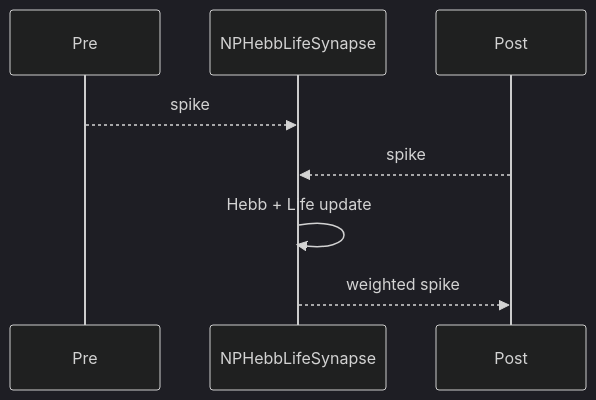
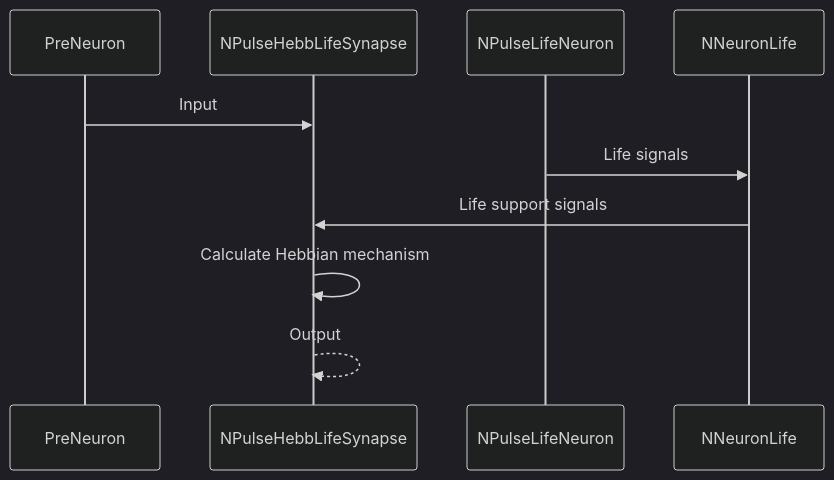
Before and after one commit to aicommunity/Nmsdk-PulseLib: the seventh of 7 diagrams in Docs/Components/NPHebbLifeSynapse.md, drawn with Mermaid (dark theme). The commit also changed other lines of this file and 196 other files, not shown here.

````diff
--- a/Docs/Components/NPHebbLifeSynapse.md
+++ b/Docs/Components/NPHebbLifeSynapse.md
@@ -25,10 +290,13 @@
 ```mermaid
 sequenceDiagram
-    participant Pre as Pre
-    participant Syn as NPHebbLifeSynapse
-    participant Post as Post
-    Pre-->>Syn: spike
-    Post-->>Syn: spike
-    Syn->>Syn: Hebb + Life update
-    Syn-->>Post: weighted spike
+    participant PreNeuron
+    participant Synapse as NPulseHebbLifeSynapse
+    participant PostNeuron as NPulseLifeNeuron
+    participant LifeSystem as NNeuronLife
+    
+    PreNeuron->>Synapse: Input
+    PostNeuron->>LifeSystem: Life signals
+    LifeSystem->>Synapse: Life support signals
+    Synapse->>Synapse: Calculate Hebbian mechanism
+    Synapse-->>Synapse: Output
 ```
````
